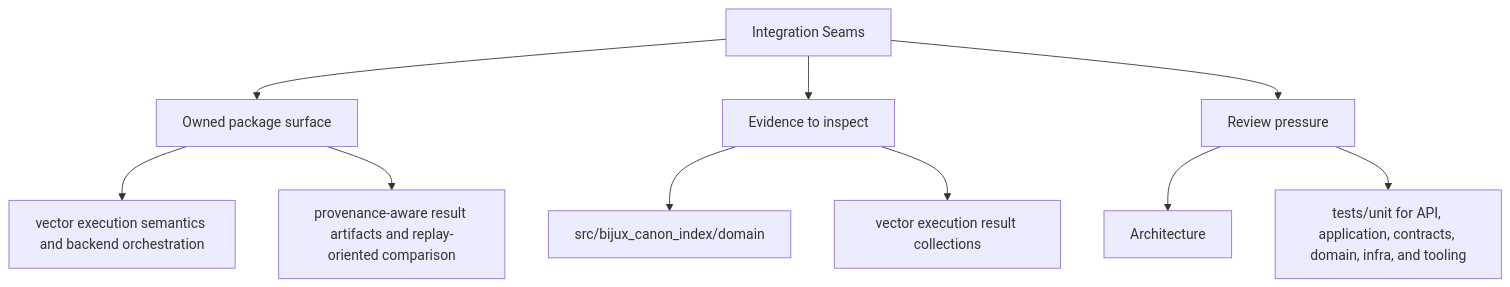
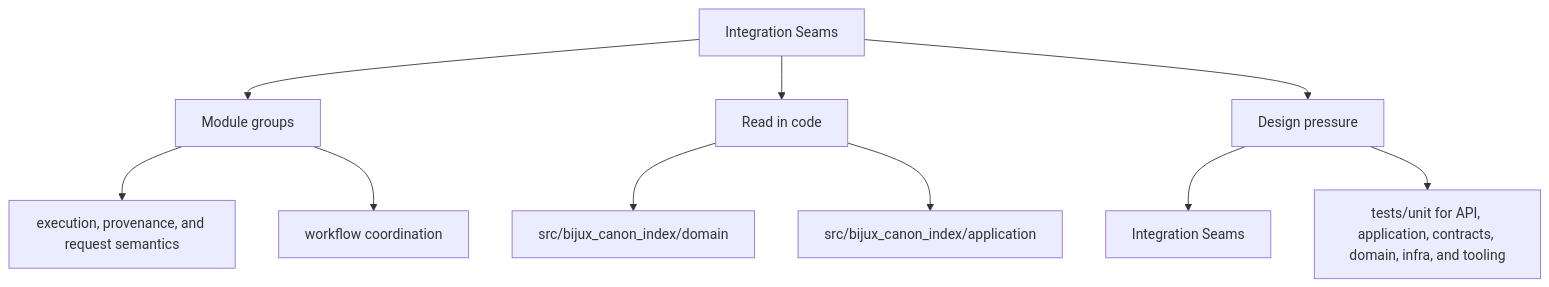
One commit to bijux/bijux-canon changed the second of 2 diagrams in docs/bijux-canon-index/architecture/integration-seams.md. Above: the diagram before and after it, drawn with Mermaid. The commit also changed other lines of this file and 250 other files, not shown here.

Commit message:
docs(diagrams): make product page maps more readable

````diff
--- a/docs/bijux-canon-index/architecture/integration-seams.md
+++ b/docs/bijux-canon-index/architecture/integration-seams.md
@@ -35,22 +35,22 @@
 ```mermaid
 flowchart TD
     page["Integration Seams"]
-    focus1["Owned package surface"]
+    focus1["Module groups"]
     page --> focus1
-    focus1_1["vector execution semantics and backend orchestration"]
+    focus1_1["execution, provenance, and request semantics"]
     focus1 --> focus1_1
-    focus1_2["provenance-aware result artifacts and replay-oriented comparison"]
+    focus1_2["workflow coordination"]
     focus1 --> focus1_2
-    focus2["Evidence to inspect"]
+    focus2["Read in code"]
     page --> focus2
     focus2_1["src/bijux_canon_index/domain"]
     focus2 --> focus2_1
-    focus2_2["vector execution result collections"]
+    focus2_2["src/bijux_canon_index/application"]
     focus2 --> focus2_2
-    focus3["Review pressure"]
+    focus3["Design pressure"]
     page --> focus3
-    focus3_1["Architecture"]
+    focus3_1["Integration Seams"]
     focus3 --> focus3_1
     focus3_2["tests/unit for API, application, contracts, domain, infra, and tooling"]
     focus3 --> focus3_2
 ```
````
